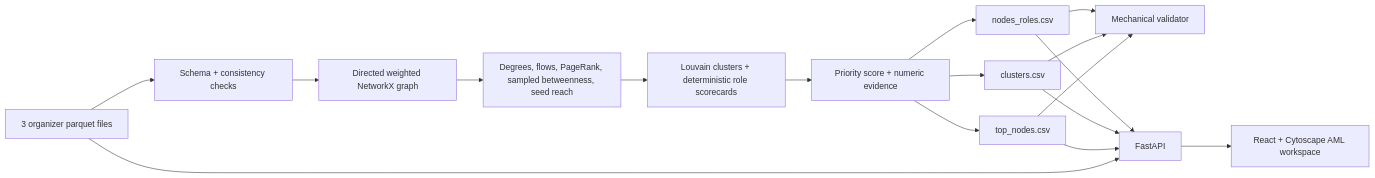
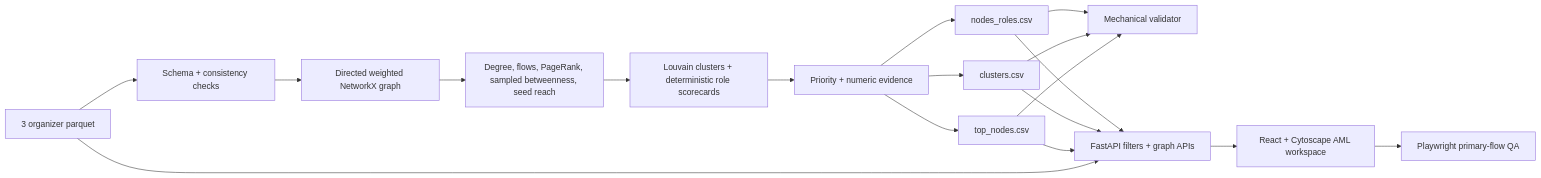
The diagram in README.md (BAITC-Hacks/hack-0a855e0e-terra-group-labs), drawn with Mermaid before and after one commit. The commit also changed other lines of this file and 14 other files, not shown here.

````diff
--- a/README.md
+++ b/README.md
@@ -19,15 +21,16 @@
 ```mermaid
 flowchart LR
-    A[3 organizer parquet files] --> B[Schema + consistency checks]
+    A[3 organizer parquet] --> B[Schema + consistency checks]
     B --> C[Directed weighted NetworkX graph]
-    C --> D[Degrees, flows, PageRank, sampled betweenness, seed reach]
+    C --> D[Degree, flows, PageRank, sampled betweenness, seed reach]
     D --> E[Louvain clusters + deterministic role scorecards]
-    E --> F[Priority score + numeric evidence]
+    E --> F[Priority + numeric evidence]
     F --> G[nodes_roles.csv]
     F --> H[clusters.csv]
     F --> I[top_nodes.csv]
     G & H & I --> J[Mechanical validator]
-    G & H & I --> K[FastAPI]
+    G & H & I --> K[FastAPI filters + graph APIs]
     A --> K
     K --> L[React + Cytoscape AML workspace]
+    L --> M[Playwright primary-flow QA]
 ```
````
